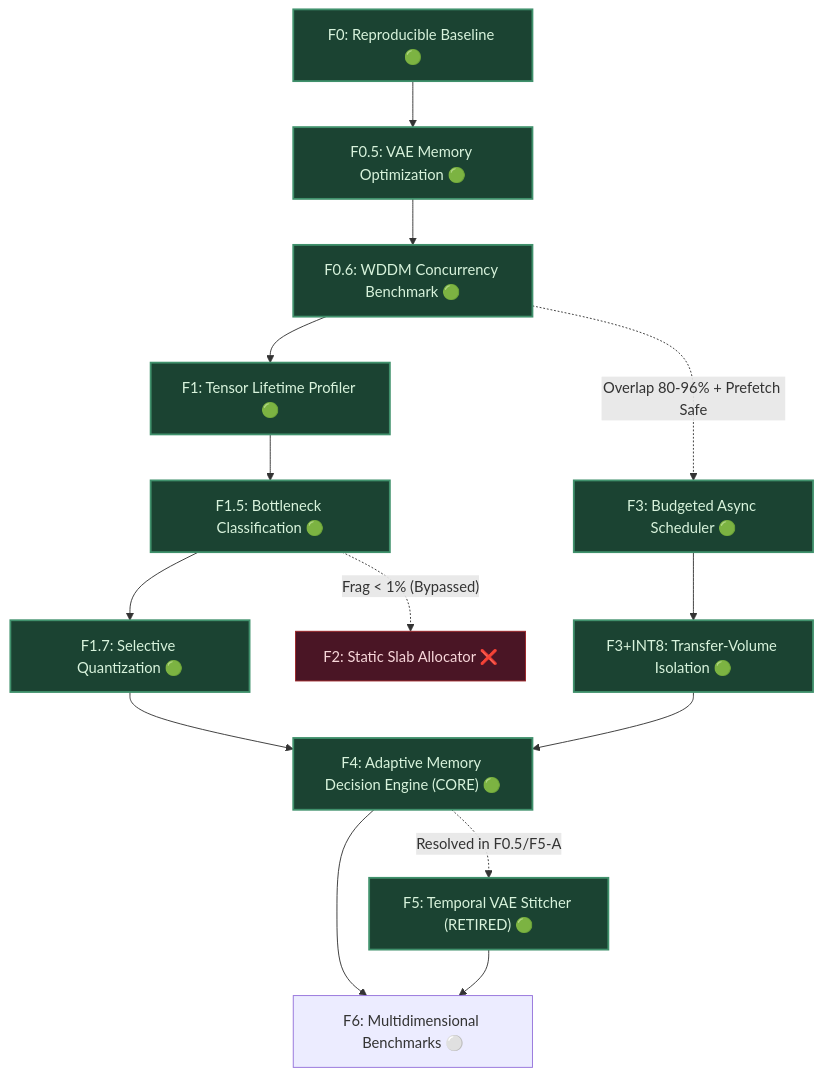
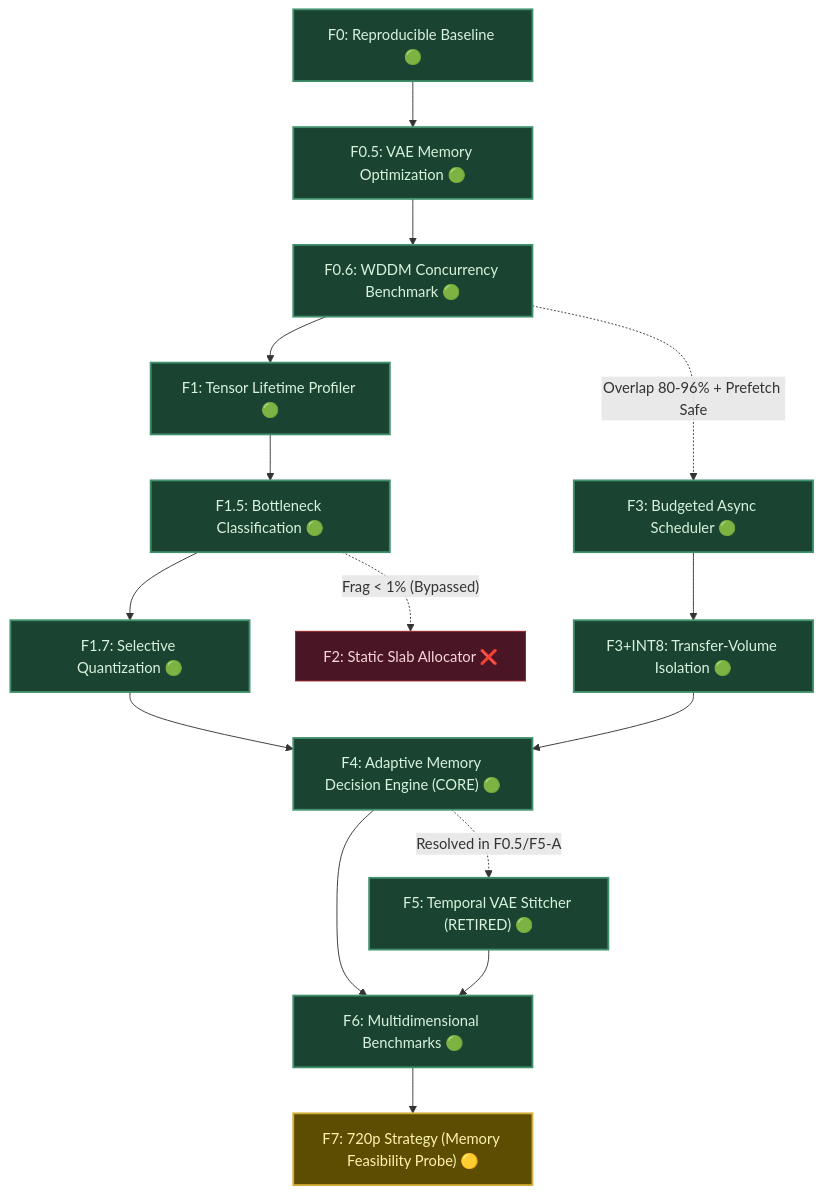
One commit to LARP/marley-adaptive-runtime changed the diagram in ROADMAP.md. Above: the diagram before and after it, drawn with Mermaid. The commit also changed other lines of this file and 1 other file, not shown here.

Commit message:
docs(f6-f7): certify & freeze Phase F6, open Phase F7 (720p Strategy), incorporate consultant refinements

````diff
--- a/ROADMAP.md
+++ b/ROADMAP.md
@@ -91,22 +91,24 @@
 ```mermaid
 flowchart TD
     F0["F0: Reproducible Baseline 🟢"] --> F05["F0.5: VAE Memory Optimization 🟢"]
     F05 --> F06["F0.6: WDDM Concurrency Benchmark 🟢"]
     F06 --> F1["F1: Tensor Lifetime Profiler 🟢"]
     F1 --> F15["F1.5: Bottleneck Classification 🟢"]
     F15 --> F17["F1.7: Selective Quantization 🟢"]
     F15 -.->|"Frag < 1% (Bypassed)"| F2["F2: Static Slab Allocator ❌"]
     F06 -.->|"Overlap 80-96% + Prefetch Safe"| F3["F3: Budgeted Async Scheduler 🟢"]
     F17 --> F4["F4: Adaptive Memory Decision Engine (CORE) 🟢"]
     F3 --> F3I8["F3+INT8: Transfer-Volume Isolation 🟢"] --> F4
     F4 -.->|"Resolved in F0.5/F5-A"| F5["F5: Temporal VAE Stitcher (RETIRED) 🟢"]
-    F4 --> F6["F6: Multidimensional Benchmarks ⚪"]
+    F4 --> F6["F6: Multidimensional Benchmarks 🟢"]
     F5 --> F6
+    F6 --> F7["F7: 720p Strategy (Memory Feasibility Probe) 🟡"]
 
     classDef pass fill:#1b4332,stroke:#40916c,stroke-width:2px,color:#d8f3dc;
     classDef inprog fill:#5c4d00,stroke:#d4af37,stroke-width:2px,color:#fff3b0;
     classDef bypass fill:#4a1525,stroke:#9b2226,stroke-width:1px,color:#f8d7da;
     class F0,F05,F06,F1,F15,F17,F3 pass;
-    class F3I8,F4,F5 pass;
+    class F3I8,F4,F5,F6 pass;
+    class F7 inprog;
     class F2 bypass;
 ```
````
